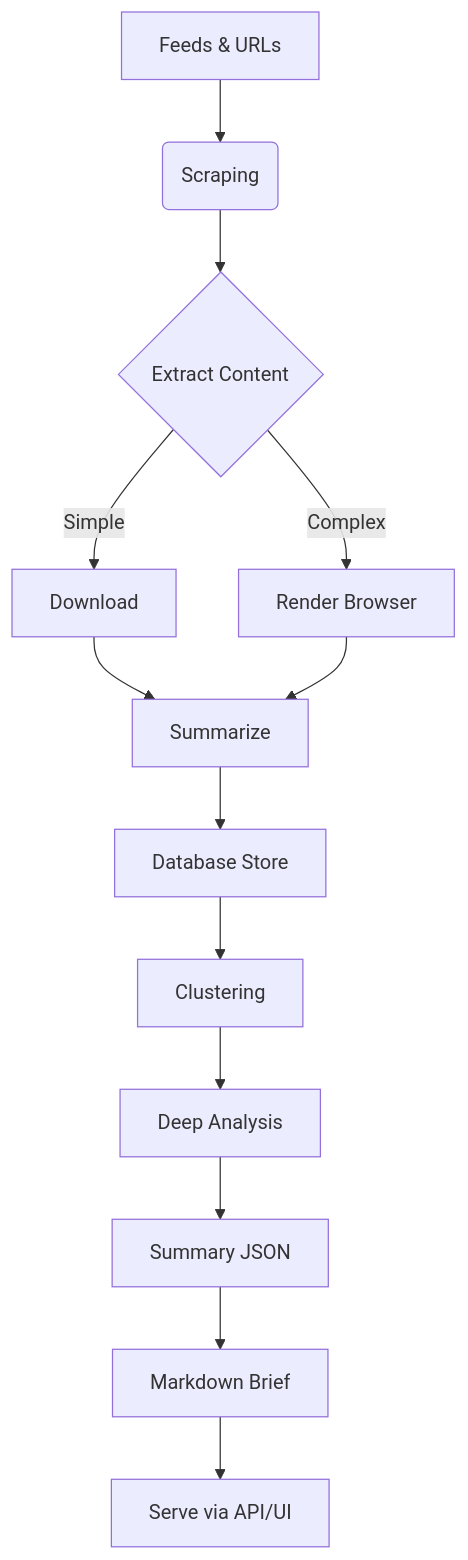
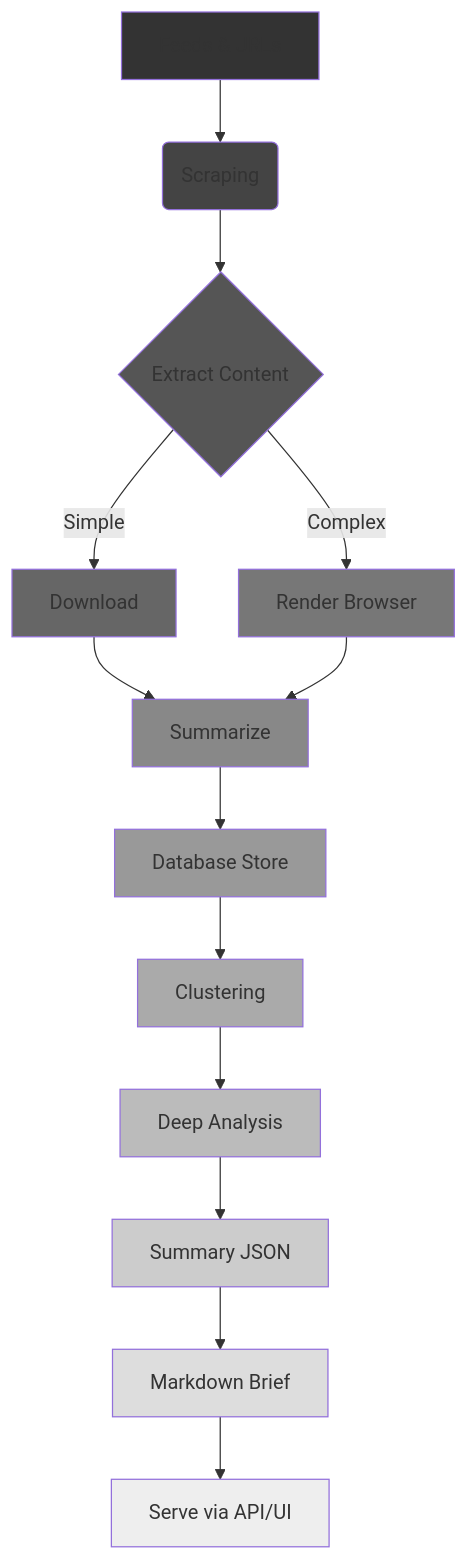
The first of 2 diagrams in README-best-practice-guidlines/Guidelines - README file format.md (Mindrocket42/CluelessCodersToolBox), drawn with Mermaid before and after one commit. The commit also changed other lines of this file, not shown here.

First line of the commit message:
fixed issue with mermaid contrast

````diff
--- a/README-best-practice-guidlines/Guidelines - README file format.md
+++ b/README-best-practice-guidlines/Guidelines - README file format.md
@@ -285,15 +285,27 @@
 ```mermaid
 graph TD
     A[Feeds & URLs] --> B(Scraping);
     B --> C{Extract Content};
     C -->|Simple| D[Download];
     C -->|Complex| E[Render Browser];
     D --> F[Summarize];
     E --> F;
     F --> G[Database Store];
     G --> H[Clustering];
     H --> I[Deep Analysis];
     I --> J[Summary JSON];
     J --> K[Markdown Brief];
     K --> L[Serve via API/UI];
+    style A fill:#333
+    style B fill:#444
+    style C fill:#555
+    style D fill:#666
+    style E fill:#777
+    style F fill:#888
+    style G fill:#999
+    style H fill:#aaa
+    style I fill:#bbb
+    style J fill:#ccc
+    style K fill:#ddd
+    style L fill:#eee
 ```
````
